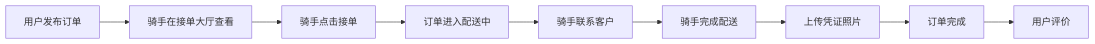
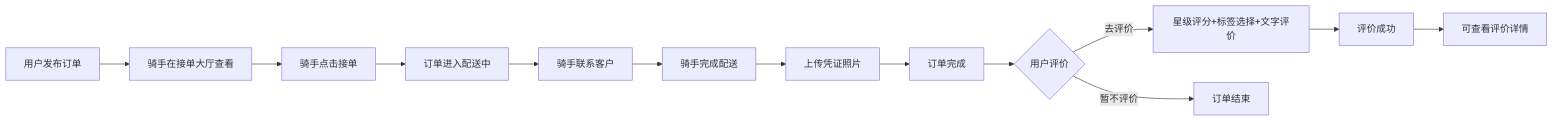
One commit to HHHguishan/campus-runner-uniapp changed the third of 4 diagrams in README.md. Above: the diagram before and after it, drawn with Mermaid. The commit also changed other lines of this file and 28 other files, not shown here.

````diff
--- a/README.md
+++ b/README.md
@@ -202,11 +213,15 @@
 ```mermaid
 graph LR
 A[用户发布订单] --> B[骑手在接单大厅查看]
 B --> C[骑手点击接单]
 C --> D[订单进入配送中]
 D --> E[骑手联系客户]
 E --> F[骑手完成配送]
 F --> G[上传凭证照片]
 G --> H[订单完成]
-H --> I[用户评价]
+H --> I{用户评价}
+I -->|去评价| J[星级评分+标签选择+文字评价]
+I -->|暂不评价| K[订单结束]
+J --> L[评价成功]
+L --> M[可查看评价详情]
 ```
````
